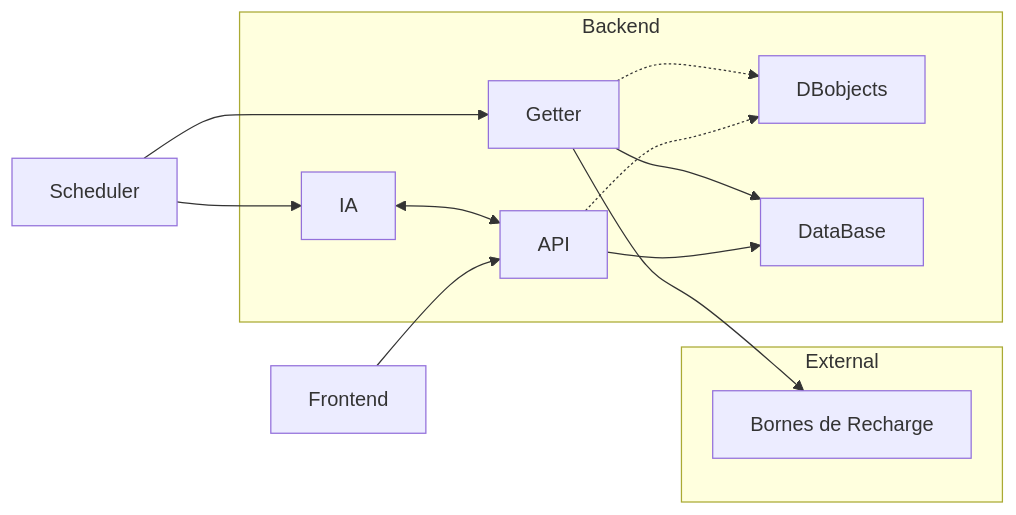
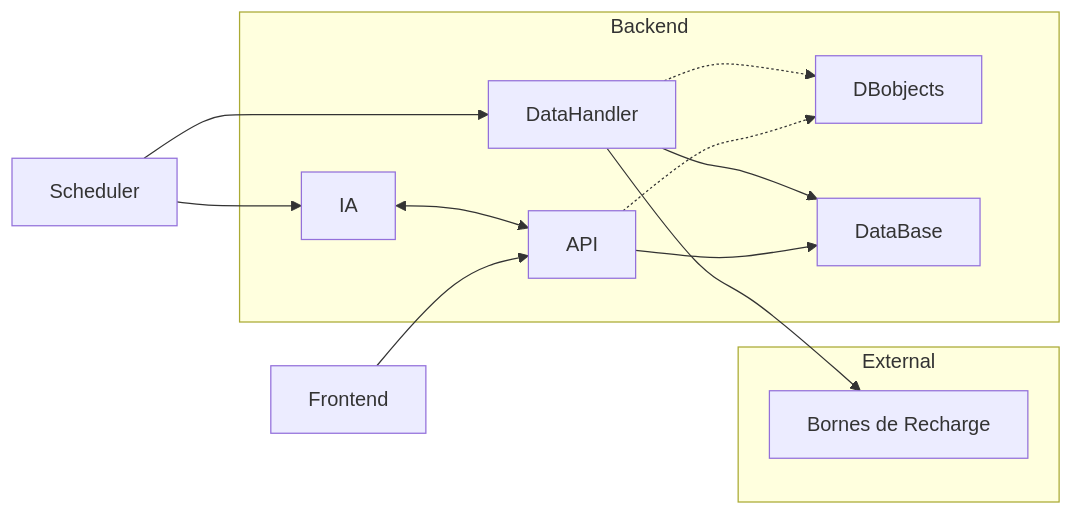
Before and after one commit to ESIR2-PROJECT/RENDUS: the diagram in Analyse.md, drawn with Mermaid.

````diff
--- a/Analyse.md
+++ b/Analyse.md
@@ -51,34 +51,34 @@
 ```mermaid
 graph LR
     
     Frontend
     
     S[Scheduler]
     
-    S --> Getter
+    S --> Getter[DataHandler]
     S --> IA
     
     
     subgraph Backend
         Getter
         IA
         API
         DBobjects
         
         DataBase
         Getter --> DataBase
         API --> DataBase
         IA <--> API
         
         Getter -.-> DBobjects
         API -.-> DBobjects
     end
     
     subgraph External
         Bornes[Bornes de Recharge]
     end
     
     Frontend --> API
     Getter --> Bornes
     
 ```
````
